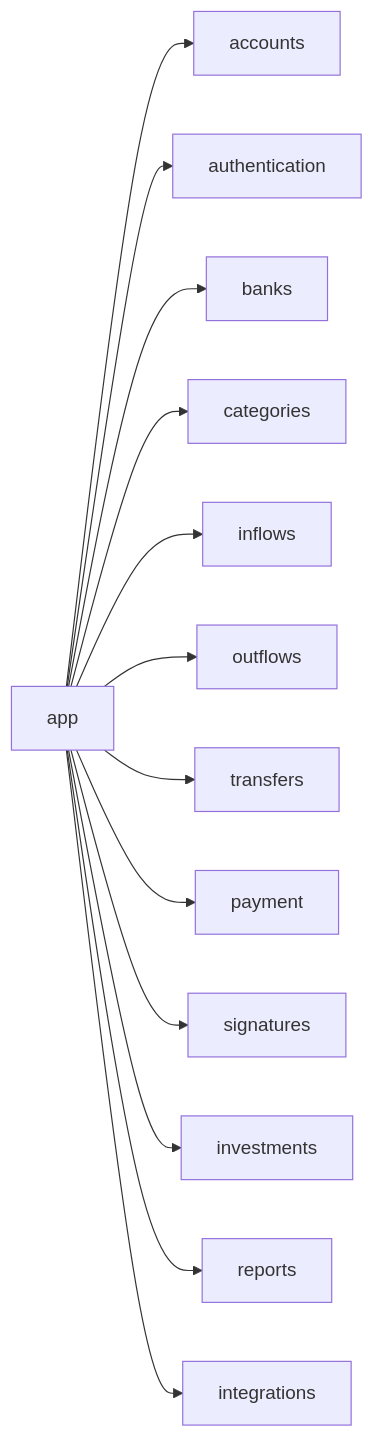
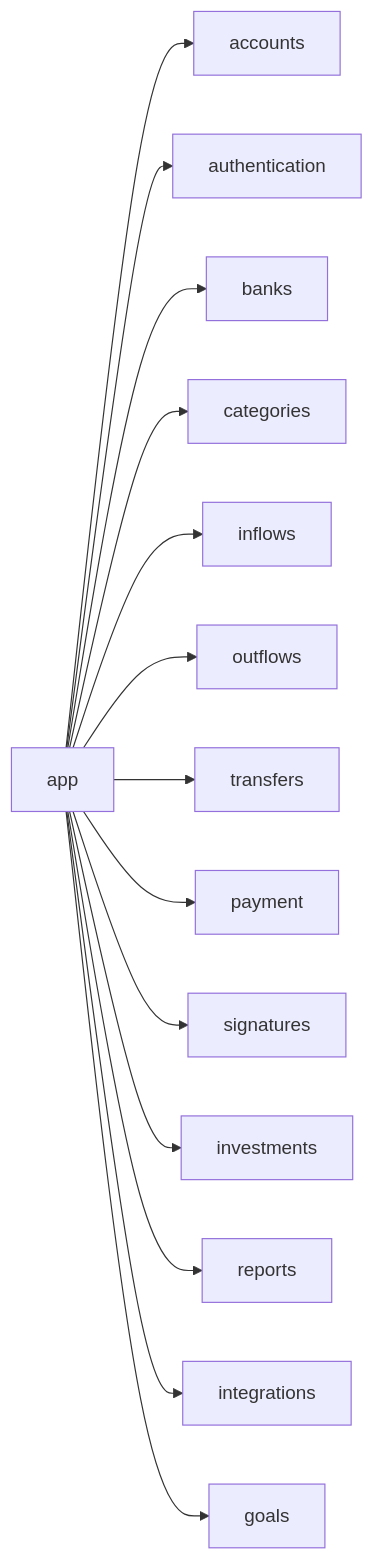
Before and after one commit to guilhermeAndrade07/gaw-finance: the diagram in docs/apps.md, drawn with Mermaid. The commit also changed other lines of this file and 23 other files, not shown here.

````diff
--- a/docs/apps.md
+++ b/docs/apps.md
@@ -5,29 +5,31 @@
 ```mermaid
 graph LR
     App[app]
     Accounts[accounts]
     Auth[authentication]
     Banks[banks]
     Categories[categories]
     Inflows[inflows]
     Outflows[outflows]
     Transfers[transfers]
     Payment[payment]
     Signatures[signatures]
     Investments[investments]
     Reports[reports]
     Integrations[integrations]
+    Goals[goals]
 
     App --> Accounts
     App --> Auth
     App --> Banks
     App --> Categories
     App --> Inflows
     App --> Outflows
     App --> Transfers
     App --> Payment
     App --> Signatures
     App --> Investments
     App --> Reports
     App --> Integrations
+    App --> Goals
 ```
````
